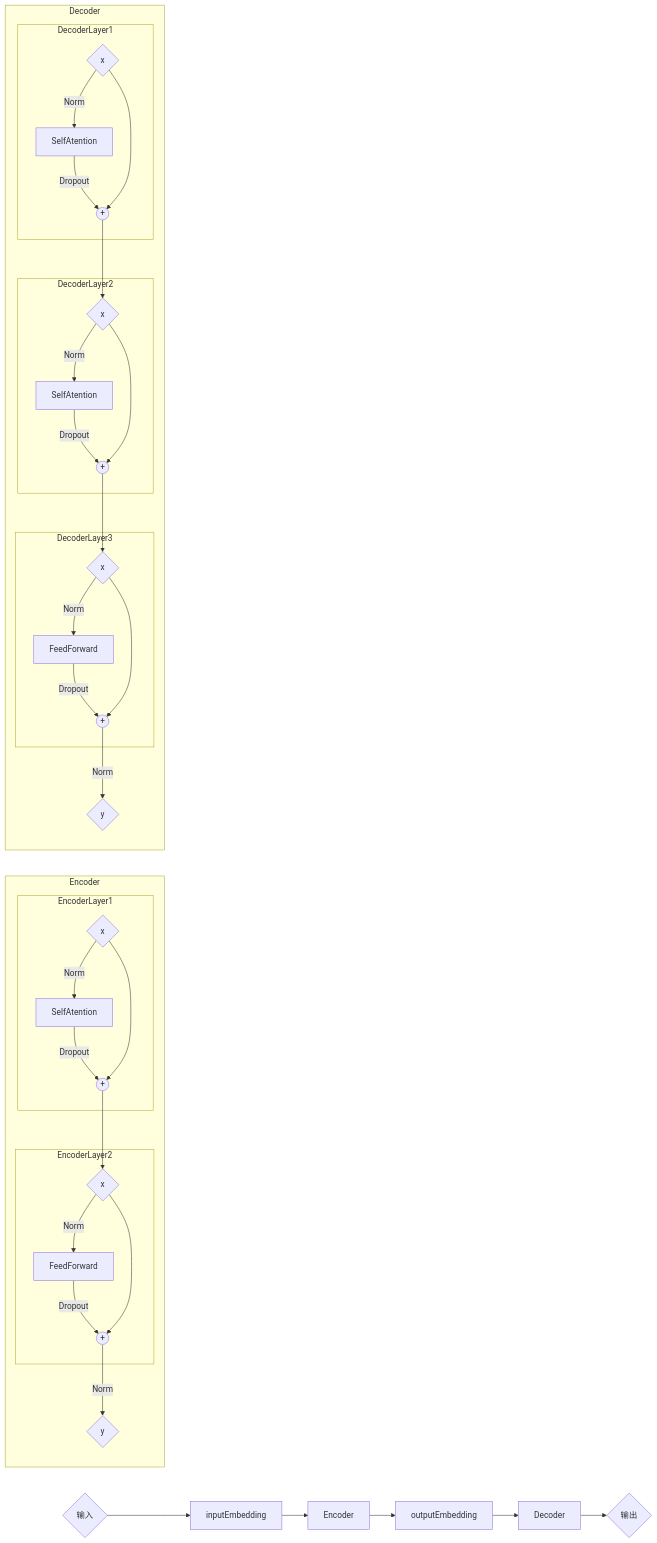
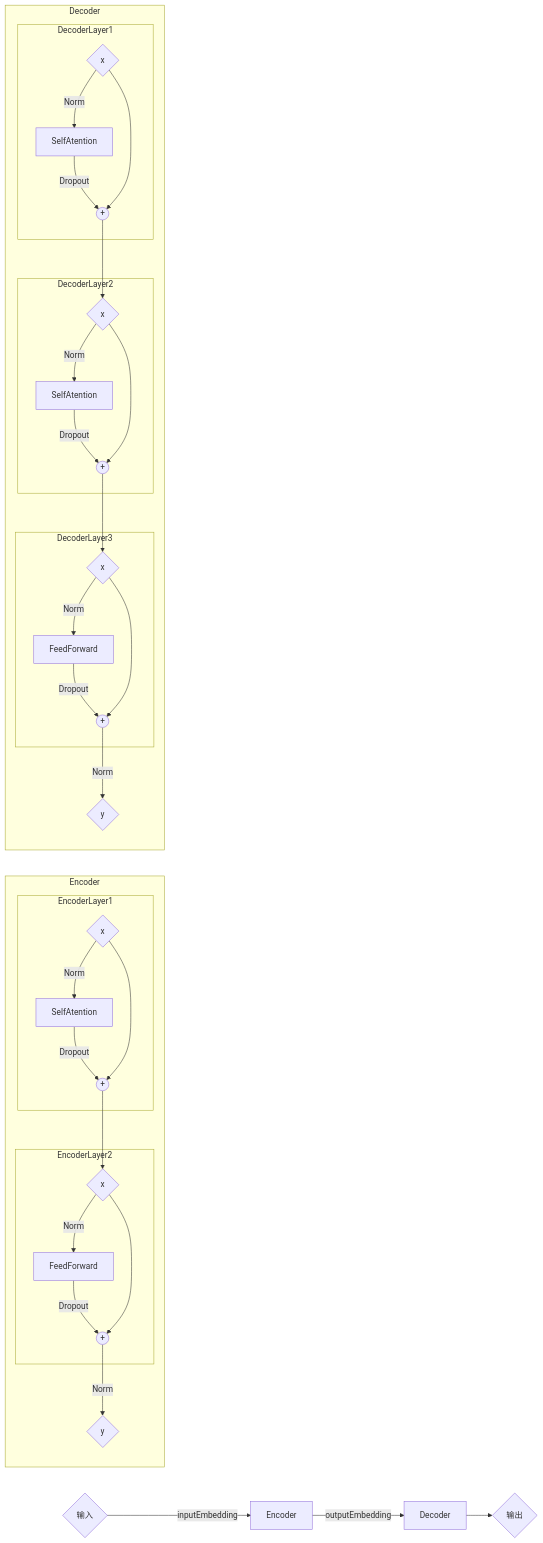
One commit to zhmhbest/HelloML changed the diagram in modules/HelloPytorch/attention/README.md. Above: the diagram before and after it, drawn with Mermaid. The commit also changed other lines of this file, not shown here.

````diff
--- a/modules/HelloPytorch/attention/README.md
+++ b/modules/HelloPytorch/attention/README.md
@@ -5,54 +5,54 @@
 ```mermaid
 graph LR;
     inputs{输入};
     outputs{输出};
-    inputs --> inputEmbedding --> Encoder --> outputEmbedding --> Decoder --> outputs;
+    inputs -- inputEmbedding --> Encoder -- outputEmbedding --> Decoder --> outputs;
 
     subgraph TheEncoder[Encoder]
         EncoderOutput{y};
         subgraph EncoderLayer1
             EncoderLayer1Input{x};
             EncoderLayer1Add((+));
             EncoderLayer1Model[SelfAtention];
             EncoderLayer1Input --Norm--> EncoderLayer1Model --Dropout--> EncoderLayer1Add;
             EncoderLayer1Input --> EncoderLayer1Add;
         end
         subgraph EncoderLayer2
             EncoderLayer2Input{x};
             EncoderLayer2Add((+));
             EncoderLayer2Model[FeedForward];
             EncoderLayer2Input --Norm--> EncoderLayer2Model --Dropout--> EncoderLayer2Add;
             EncoderLayer2Input --> EncoderLayer2Add;
         end
         EncoderLayer1Add --> EncoderLayer2Input;
         EncoderLayer2Add --Norm--> EncoderOutput;
     end
 
     subgraph TheDecoder[Decoder]
         DecoderOutput{y};
         subgraph DecoderLayer1
             DecoderLayer1Input{x};
             DecoderLayer1Add((+));
             DecoderLayer1Model[SelfAtention];
             DecoderLayer1Input --Norm--> DecoderLayer1Model --Dropout--> DecoderLayer1Add;
             DecoderLayer1Input --> DecoderLayer1Add;
         end
         subgraph DecoderLayer2
             DecoderLayer2Input{x};
             DecoderLayer2Add((+));
             DecoderLayer2Model[SelfAtention];
             DecoderLayer2Input --Norm--> DecoderLayer2Model --Dropout--> DecoderLayer2Add;
             DecoderLayer2Input --> DecoderLayer2Add;
         end
         subgraph DecoderLayer3
             DecoderLayer3Input{x};
             DecoderLayer3Add((+));
             DecoderLayer3Model[FeedForward];
             DecoderLayer3Input --Norm--> DecoderLayer3Model --Dropout--> DecoderLayer3Add;
             DecoderLayer3Input --> DecoderLayer3Add;
         end
         DecoderLayer1Add --> DecoderLayer2Input;
         DecoderLayer2Add --> DecoderLayer3Input;
         DecoderLayer3Add --Norm--> DecoderOutput;
     end
 ```
````
